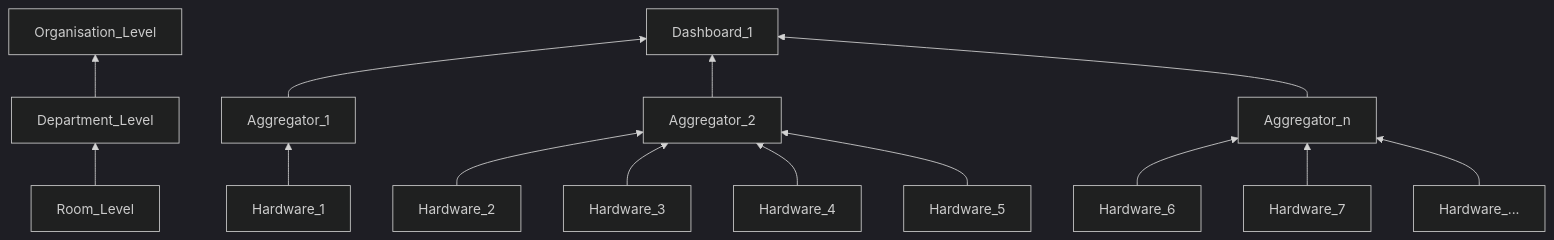
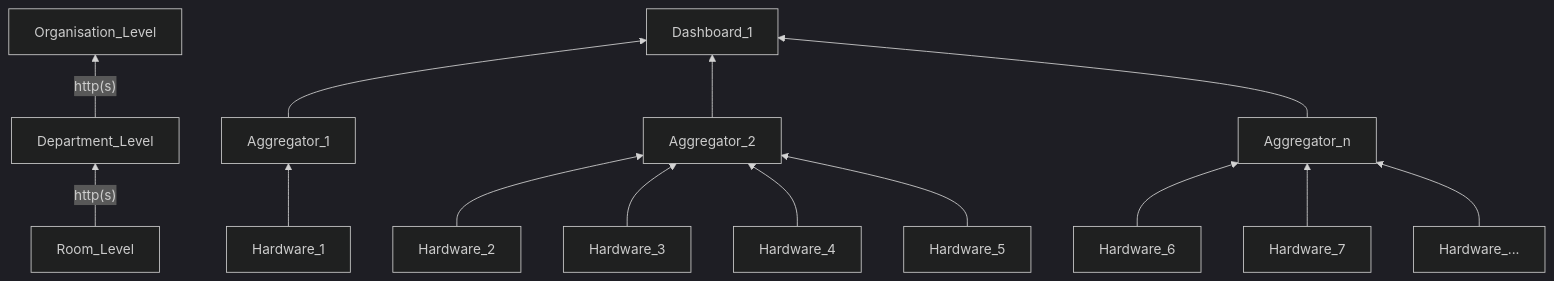
The diagram in README.md (bytebang/ecolight), drawn with Mermaid (dark theme) before and after one commit.

`````diff
--- a/README.md
+++ b/README.md
@@ -13,24 +13,24 @@
 ````mermaid
 	
 graph BT;
 
     
-    Room_Level --> Department_Level
-    Department_Level --> Organisation_Level
+    Room_Level --  http(s) --> Department_Level
+    Department_Level -- http(s) --> Organisation_Level
 
     Hardware_1 --> Aggregator_1;
 
     Hardware_2 --> Aggregator_2;
     Hardware_3 --> Aggregator_2;
     Hardware_4 --> Aggregator_2;
     Hardware_5 --> Aggregator_2;
 
     Hardware_6 --> Aggregator_n;
     Hardware_7 --> Aggregator_n;
     Hardware_... --> Aggregator_n;
 
     Aggregator_1 --> Dashboard_1;
     Aggregator_2 --> Dashboard_1;
     Aggregator_n --> Dashboard_1;
 
 ````
`````
